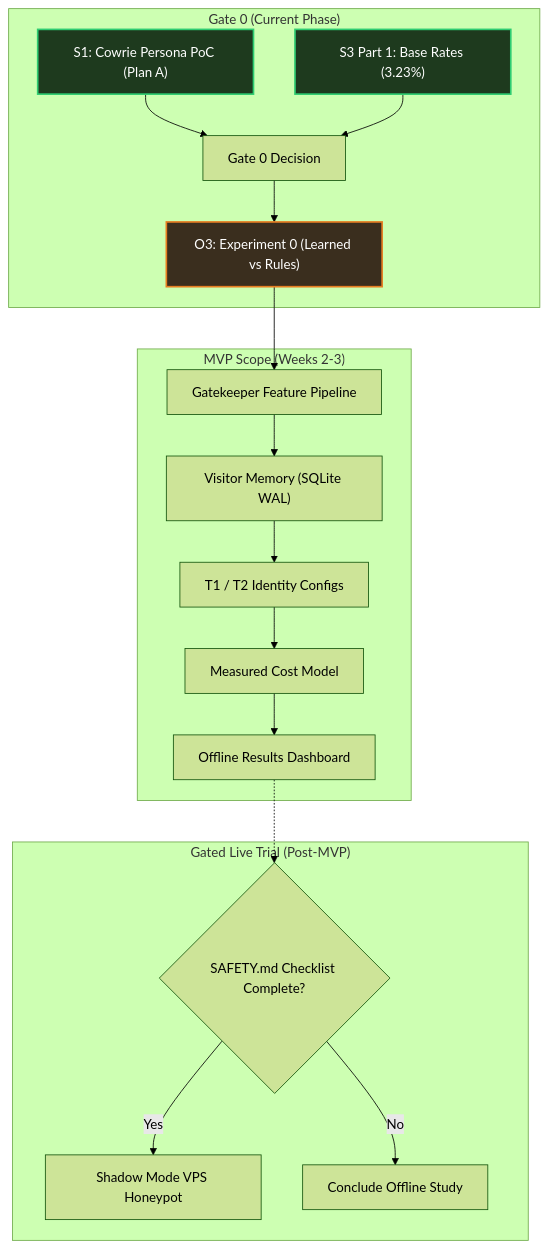
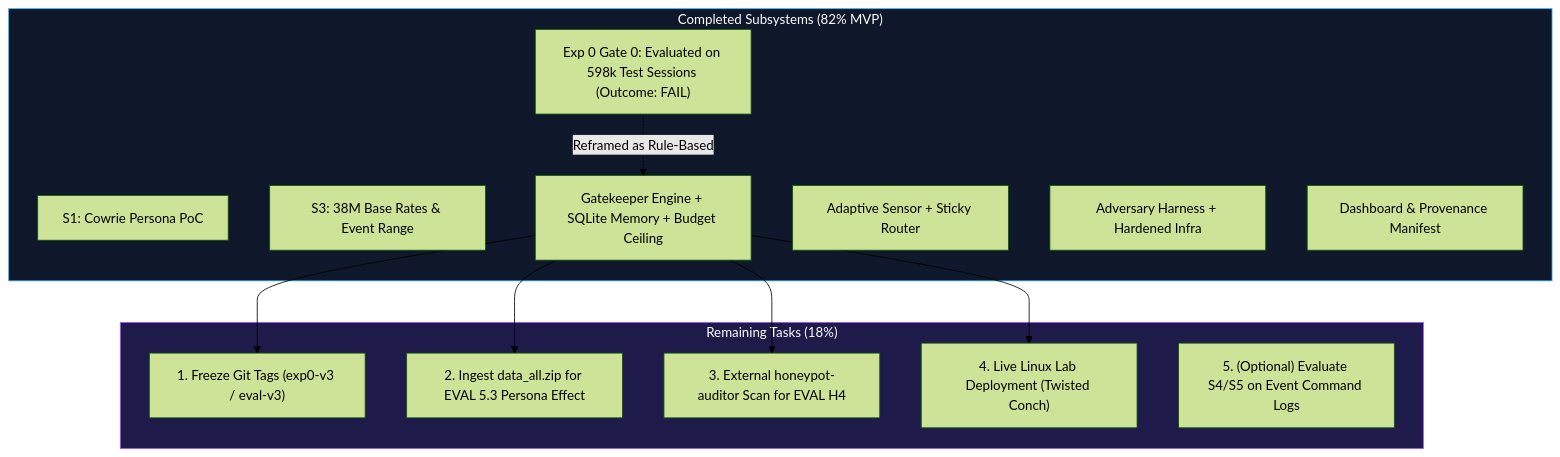
Before and after one commit to abhinavsingh2403/Schrodinger-s-Server: the diagram in README.md, drawn with Mermaid (forest theme). The commit also changed other lines of this file, not shown here.

First line of the commit message:
docs(readme): update completion metrics, Gate 0 verdict, and unvarnished remaining tasks

````diff
--- a/README.md
+++ b/README.md
@@ -119,26 +118,29 @@
 ```mermaid
 flowchart TD
-    subgraph Gate_0["Gate 0 (Current Phase)"]
-        S1["S1: Cowrie Persona PoC (Plan A)"] --> G0_PASS["Gate 0 Decision"]
-        S3["S3 Part 1: Base Rates (3.23%)"] --> G0_PASS
-        G0_PASS --> O3["O3: Experiment 0 (Learned vs Rules)"]
+    subgraph Done["Completed Subsystems (82% MVP)"]
+        S1["S1: Cowrie Persona PoC"]
+        S3["S3: 38M Base Rates & Event Range"]
+        EXP0["Exp 0 Gate 0: Evaluated on 598k Test Sessions (Outcome: FAIL)"]
+        GK["Gatekeeper Engine + SQLite Memory + Budget Ceiling"]
+        SENSOR["Adaptive Sensor + Sticky Router"]
+        HARNESS["Adversary Harness + Hardened Infra"]
+        DASH["Dashboard & Provenance Manifest"]
     end
 
-    subgraph MVP_Phase["MVP Scope (Weeks 2-3)"]
-        O3 --> GK_FEAT["Gatekeeper Feature Pipeline"]
-        GK_FEAT --> VISITOR["Visitor Memory (SQLite WAL)"]
-        VISITOR --> PERS_CONF["T1 / T2 Identity Configs"]
-        PERS_CONF --> COST_MOD["Measured Cost Model"]
-        COST_MOD --> DASHBOARD["Offline Results Dashboard"]
+    subgraph Pending["Remaining Tasks (18%)"]
+        TAGS["1. Freeze Git Tags (exp0-v3 / eval-v3)"]
+        NAT_EXP["2. Ingest data_all.zip for EVAL 5.3 Persona Effect"]
+        H4_SCAN["3. External honeypot-auditor Scan for EVAL H4"]
+        LINUX_RUN["4. Live Linux Lab Deployment (Twisted Conch)"]
+        S4_CMD["5. (Optional) Evaluate S4/S5 on Event Command Logs"]
     end
 
-    subgraph Gated_Deploy["Gated Live Trial (Post-MVP)"]
-        DASHBOARD -.-> CHECKLIST{"SAFETY.md Checklist Complete?"}
-        CHECKLIST -- Yes --> SHADOW["Shadow Mode VPS Honeypot"]
-        CHECKLIST -- No --> REPORT["Conclude Offline Study"]
-    end
+    EXP0 -. Reframed as Rule-Based .-> GK
+    GK --> TAGS
+    GK --> NAT_EXP
+    GK --> H4_SCAN
+    GK --> LINUX_RUN
 
-    style S1 fill:#1e3a1e,stroke:#2ecc71,stroke-width:2px,color:#fff
-    style S3 fill:#1e3a1e,stroke:#2ecc71,stroke-width:2px,color:#fff
-    style O3 fill:#3a2e1e,stroke:#e67e22,stroke-width:2px,color:#fff
+    style Done fill:#0f172a,stroke:#38bdf8,stroke-width:1px,color:#fff
+    style Pending fill:#1e1b4b,stroke:#a855f7,stroke-width:1px,color:#fff
 ```
````
